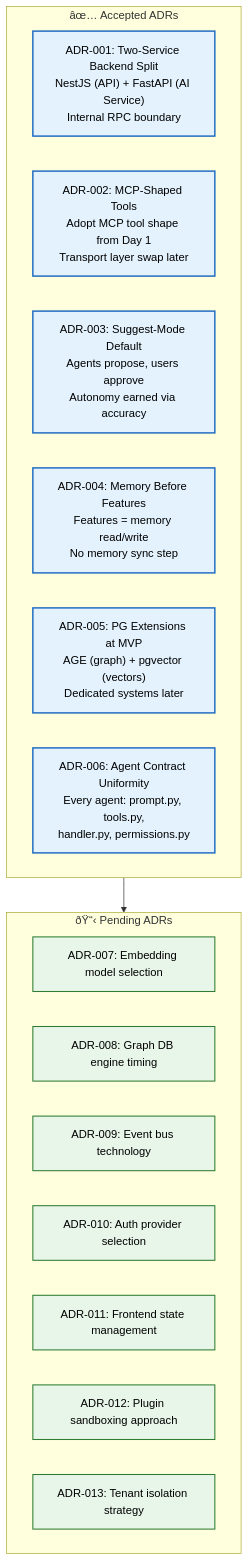
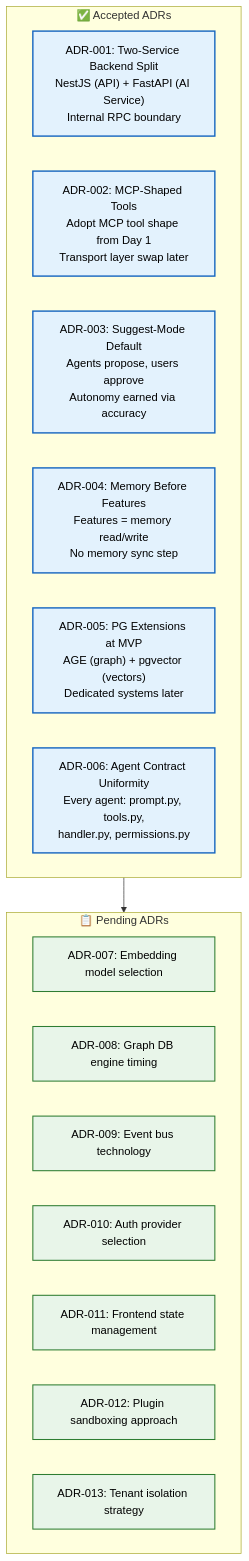
Before and after one commit to Driftloom/Vaeloom: the diagram in Docs/Architecture/03-adrs.md, drawn with Mermaid. The commit also changed other lines of this file and 7 other files, not shown here.

Commit message:
docs(arch): add ADRs, C4 diagrams, and high-level design

````diff
--- a/Docs/Architecture/03-adrs.md
+++ b/Docs/Architecture/03-adrs.md
@@ -20,29 +20,29 @@
 ```mermaid
 graph TD
     classDef current fill:#e3f2fd,stroke:#1565c0,color:#000,stroke-width:2px
     classDef pending fill:#e8f5e9,stroke:#2e7d32,color:#000,stroke-width:1.5px
 
-    subgraph Accepted["âœ… Accepted ADRs"]
+    subgraph Accepted["✅ Accepted ADRs"]
         A1["ADR-001: Two-Service Backend Split<br/>NestJS (API) + FastAPI (AI Service)<br/>Internal RPC boundary"]
         A2["ADR-002: MCP-Shaped Tools<br/>Adopt MCP tool shape from Day 1<br/>Transport layer swap later"]
         A3["ADR-003: Suggest-Mode Default<br/>Agents propose, users approve<br/>Autonomy earned via accuracy"]
         A4["ADR-004: Memory Before Features<br/>Features = memory read/write<br/>No memory sync step"]
         A5["ADR-005: PG Extensions at MVP<br/>AGE (graph) + pgvector (vectors)<br/>Dedicated systems later"]
         A6["ADR-006: Agent Contract Uniformity<br/>Every agent: prompt.py, tools.py,<br/>handler.py, permissions.py"]
     end
 
-    subgraph Pending["ðŸ“‹ Pending ADRs"]
+    subgraph Pending["📋 Pending ADRs"]
         P1["ADR-007: Embedding model selection"]
         P2["ADR-008: Graph DB engine timing"]
         P3["ADR-009: Event bus technology"]
         P4["ADR-010: Auth provider selection"]
         P5["ADR-011: Frontend state management"]
         P6["ADR-012: Plugin sandboxing approach"]
         P7["ADR-013: Tenant isolation strategy"]
     end
 
     Accepted --> Pending
 
     class A1,A2,A3,A4,A5,A6 current
     class P1,P2,P3,P4,P5,P6,P7 pending
 ```
````
